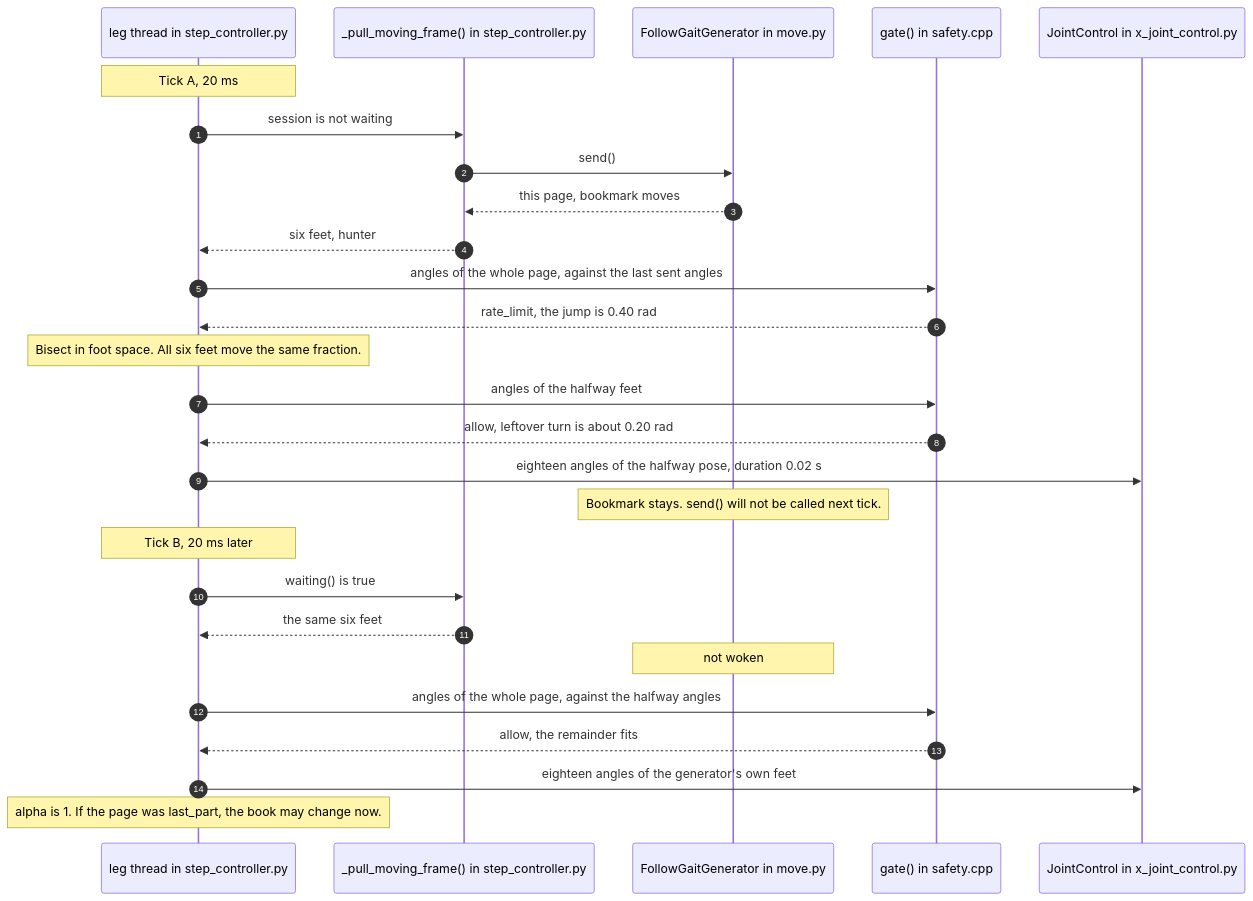
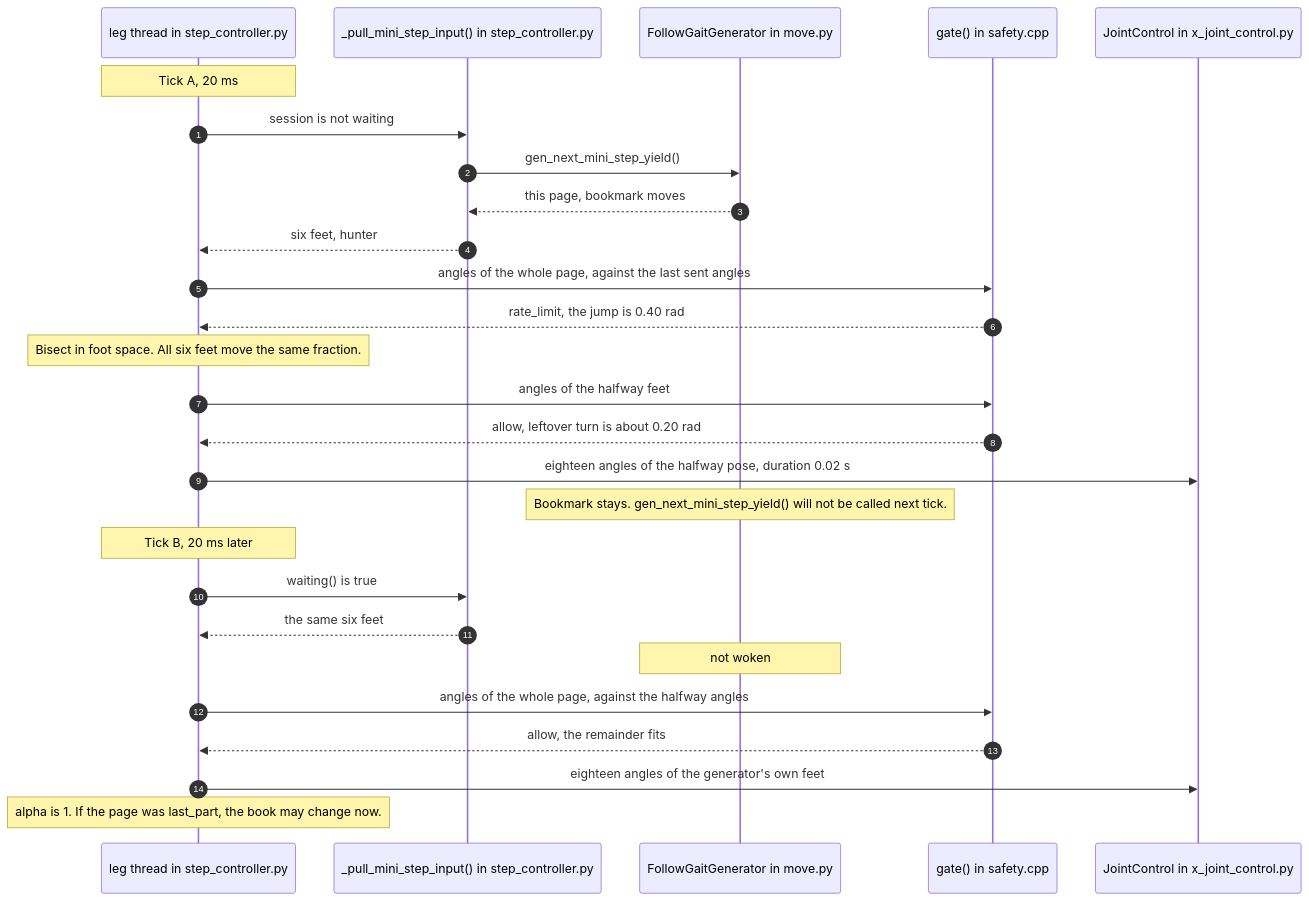
One commit to ganapetya/masha changed the seventh of 8 diagrams in ros2_ws/src/hexapod_kinematics/movement.md. Above: the diagram before and after it, drawn with Mermaid. The commit also changed other lines of this file and 11 other files, not shown here.

````diff
--- a/ros2_ws/src/hexapod_kinematics/movement.md
+++ b/ros2_ws/src/hexapod_kinematics/movement.md
@@ -330,31 +330,31 @@
 ```mermaid
 sequenceDiagram
     autonumber
     participant Legs as leg thread in step_controller.py
-    participant Pull as _pull_moving_frame() in step_controller.py
+    participant Pull as _pull_mini_step_input() in step_controller.py
     participant Film as FollowGaitGenerator in move.py
     participant Gate as gate() in safety.cpp
     participant Servo as JointControl in x_joint_control.py
 
     Note over Legs: Tick A, 20 ms
     Legs->>Pull: session is not waiting
-    Pull->>Film: send()
+    Pull->>Film: gen_next_mini_step_yield()
     Film-->>Pull: this page, bookmark moves
     Pull-->>Legs: six feet, hunter
     Legs->>Gate: angles of the whole page, against the last sent angles
     Gate-->>Legs: rate_limit, the jump is 0.40 rad
     Note over Legs: Bisect in foot space. All six feet move the same fraction.
     Legs->>Gate: angles of the halfway feet
     Gate-->>Legs: allow, leftover turn is about 0.20 rad
     Legs->>Servo: eighteen angles of the halfway pose, duration 0.02 s
-    Note over Film: Bookmark stays. send() will not be called next tick.
+    Note over Film: Bookmark stays. gen_next_mini_step_yield() will not be called next tick.
 
     Note over Legs: Tick B, 20 ms later
     Legs->>Pull: waiting() is true
     Pull-->>Legs: the same six feet
     Note over Film: not woken
     Legs->>Gate: angles of the whole page, against the halfway angles
     Gate-->>Legs: allow, the remainder fits
     Legs->>Servo: eighteen angles of the generator's own feet
     Note over Legs: alpha is 1. If the page was last_part, the book may change now.
 ```
````
